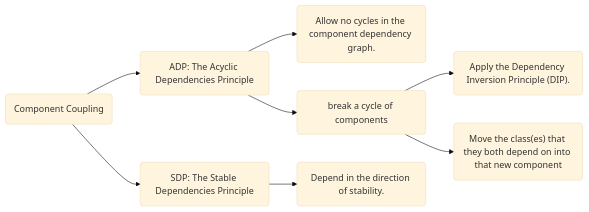
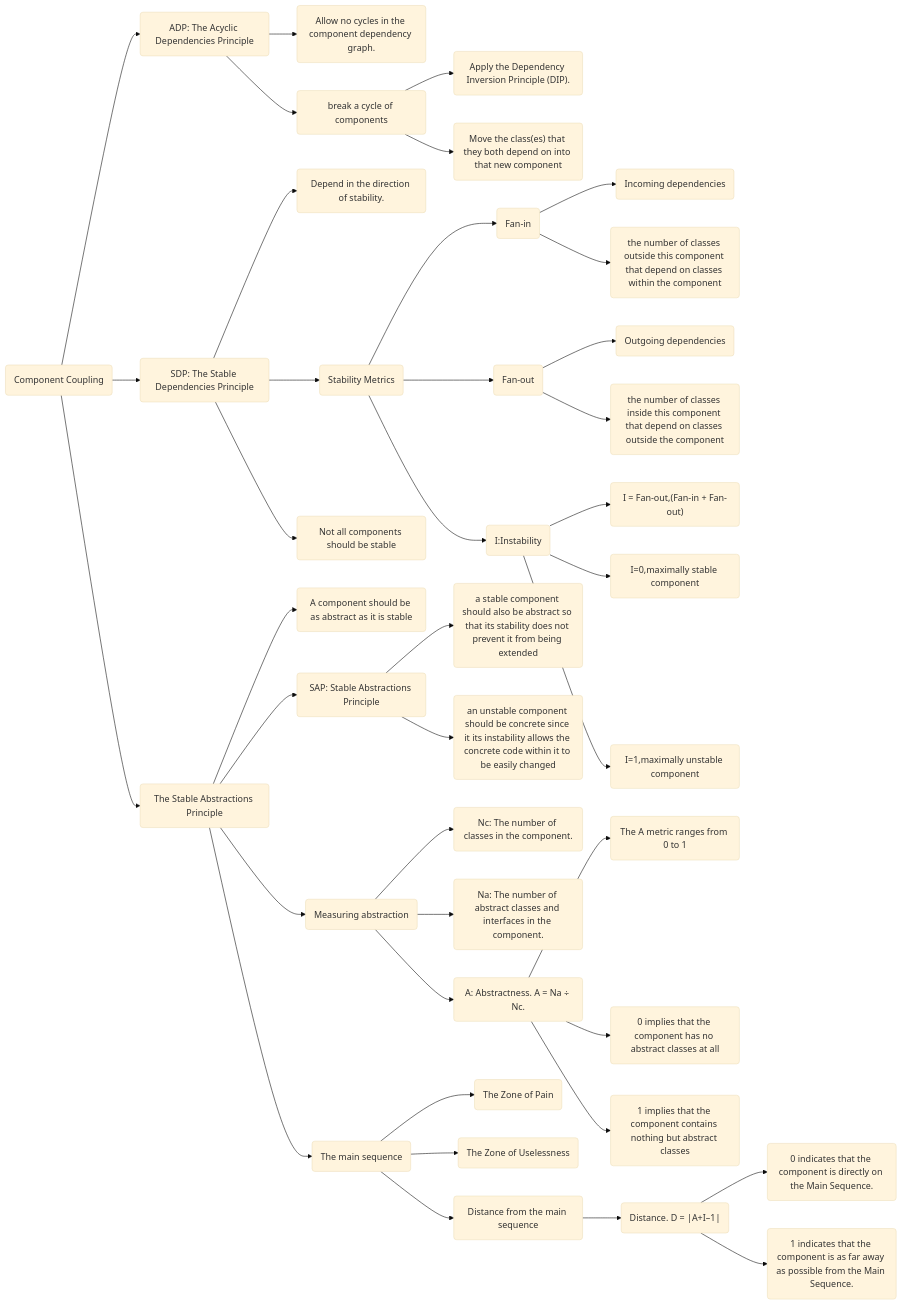
Diagram 15 of 15 in Clean Architecture.md (xuonlyone/reading-minutes), drawn with Mermaid (base theme) before and after one commit.

Commit message:
update chapter 14

````diff
--- a/Clean Architecture.md
+++ b/Clean Architecture.md
@@ -290,14 +290,47 @@
 ```mermaid
 flowchart LR
   Ch0(Component Coupling)
   Ch0 --> Ch1(ADP: The Acyclic Dependencies Principle)
   Ch0 --> Ch2(SDP: The Stable Dependencies Principle)
 
 
   Ch1 --> Ch11(Allow no cycles in the component dependency graph.)
   Ch1 --> Ch12(break a cycle of components)
   Ch12 --> Ch121("Apply the Dependency Inversion Principle (DIP).")
   Ch12 --> Ch122("Move the class(es) that they both depend on into that new component")
 
   Ch2 --> Ch21(Depend in the direction of stability.)
+  Ch2 --> Ch22(Stability Metrics)
+  Ch22 --> Ch221(Fan-in)
+  Ch221 --> Ch2211(Incoming dependencies)
+  Ch221 --> Ch2212(the number of classes outside this component that depend on classes within the component)
+  Ch22 --> Ch222(Fan-out)
+  Ch222 --> Ch2221(Outgoing dependencies)
+  Ch222 --> Ch2222(the number of classes inside this component that depend on classes outside the component)
+  Ch22 --> Ch223(I:Instability)
+  Ch223 --> Ch2231("I = Fan-out,(Fan-in + Fan-out)")
+  Ch223 --> Ch2232(I=0,maximally stable component)
+  Ch223 --> Ch2233(I=1,maximally unstable component)
+  Ch2 --> Ch23(Not all components should be stable)
+
+  Ch0 --> Ch3(The Stable Abstractions Principle)
+  Ch3 --> Ch31(A component should be as abstract as it is stable)
+  Ch3 --> Ch32(SAP: Stable Abstractions Principle)
+  Ch32 --> Ch321(a stable component should also be abstract so that its stability does not prevent it from being extended)
+  Ch32 --> Ch322(an unstable component should be concrete since it its instability allows the concrete code within it to be easily changed)
+  Ch3 --> Ch33(Measuring abstraction)
+  Ch33 --> Ch331(Nc: The number of classes in the component.)
+  Ch33 --> Ch332(Na: The number of abstract classes and interfaces in the component.)
+  Ch33 --> Ch333("A: Abstractness. A = Na ÷ Nc.")
+  Ch333 --> Ch3331(The A metric ranges from 0 to 1)
+  Ch333 --> Ch3332(0 implies that the component has no abstract classes at all)
+  Ch333 --> Ch3333(1 implies that the component contains nothing but abstract classes)
+  Ch3 --> Ch34(The main sequence)
+  Ch34 --> Ch341(The Zone of Pain)
+  Ch34 --> Ch342(The Zone of Uselessness)
+  Ch34 --> Ch343(Distance from the main sequence)
+  Ch343 --> Ch3431("Distance. D = |A+I–1|")
+  Ch3431 --> Ch34311(0 indicates that the component is directly on the Main Sequence.)
+  Ch3431 --> Ch34312(1 indicates that the component is as far away as possible from the Main Sequence.)
+
 ```
````
